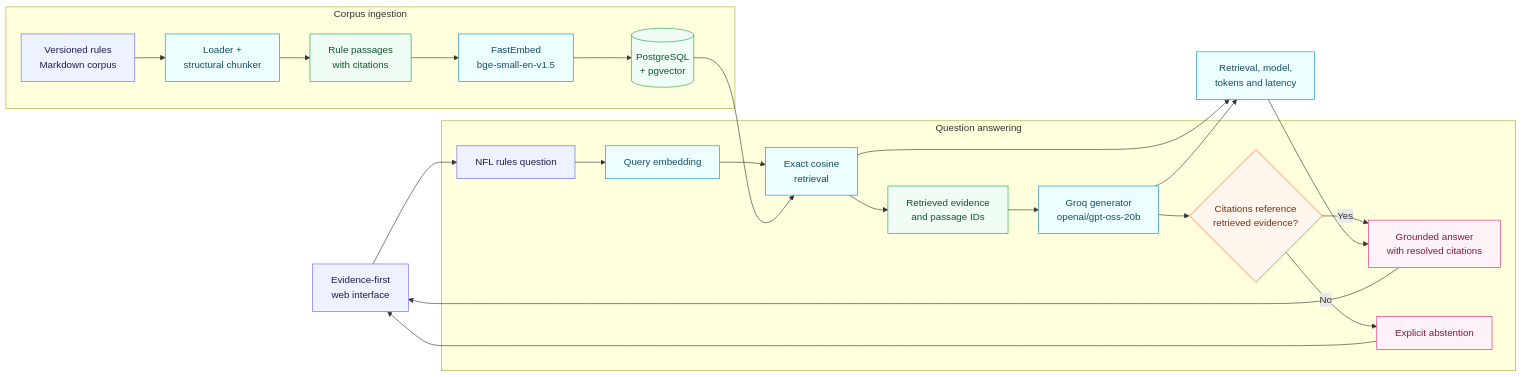
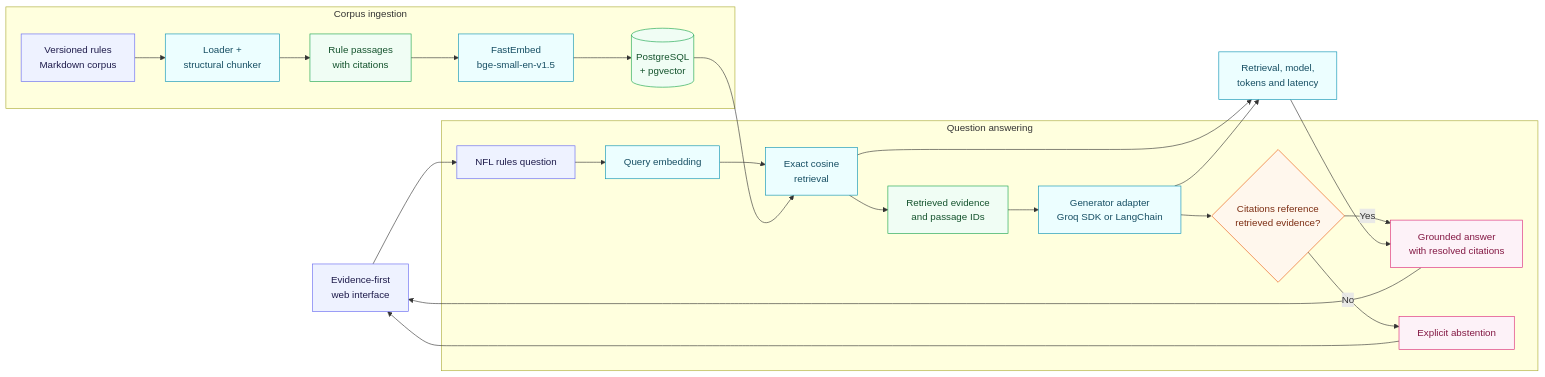
One commit to kilinkis/tracerag changed the first of 2 diagrams in README.md. Above: the diagram before and after it, drawn with Mermaid. The commit also changed other lines of this file and 12 other files, not shown here.

First line of the commit message:
Add optional LangChain generation adapter

````diff
--- a/README.md
+++ b/README.md
@@ -151,41 +165,41 @@
 ```mermaid
 flowchart LR
     ui["Evidence-first<br/>web interface"]
 
     subgraph Ingestion["Corpus ingestion"]
         docs["Versioned rules<br/>Markdown corpus"] --> parser["Loader +<br/>structural chunker"]
         parser --> chunks["Rule passages<br/>with citations"]
         chunks --> embed["FastEmbed<br/>bge-small-en-v1.5"]
         embed --> store[("PostgreSQL<br/>+ pgvector")]
     end
 
     subgraph Query["Question answering"]
         question["NFL rules question"] --> qembed["Query embedding"]
         qembed --> retrieve["Exact cosine<br/>retrieval"]
         retrieve --> evidence["Retrieved evidence<br/>and passage IDs"]
-        evidence --> generator["Groq generator<br/>openai/gpt-oss-20b"]
+        evidence --> generator["Generator adapter<br/>Groq SDK or LangChain"]
         generator --> validate{"Citations reference<br/>retrieved evidence?"}
         validate -->|Yes| answer["Grounded answer<br/>with resolved citations"]
         validate -->|No| abstain["Explicit abstention"]
     end
 
     ui --> question
     answer --> ui
     abstain --> ui
     store --> retrieve
     retrieve --> trace["Retrieval, model,<br/>tokens and latency"]
     generator --> trace
     trace --> answer
 
     classDef source fill:#eef2ff,stroke:#6366f1,color:#1e1b4b
     classDef process fill:#ecfeff,stroke:#0891b2,color:#164e63
     classDef data fill:#f0fdf4,stroke:#16a34a,color:#14532d
     classDef decision fill:#fff7ed,stroke:#ea580c,color:#7c2d12
     classDef outcome fill:#fdf2f8,stroke:#db2777,color:#831843
 
     class ui,docs,question source
     class parser,embed,qembed,retrieve,generator,trace process
     class chunks,store,evidence data
     class validate decision
     class answer,abstain outcome
 ```
````
